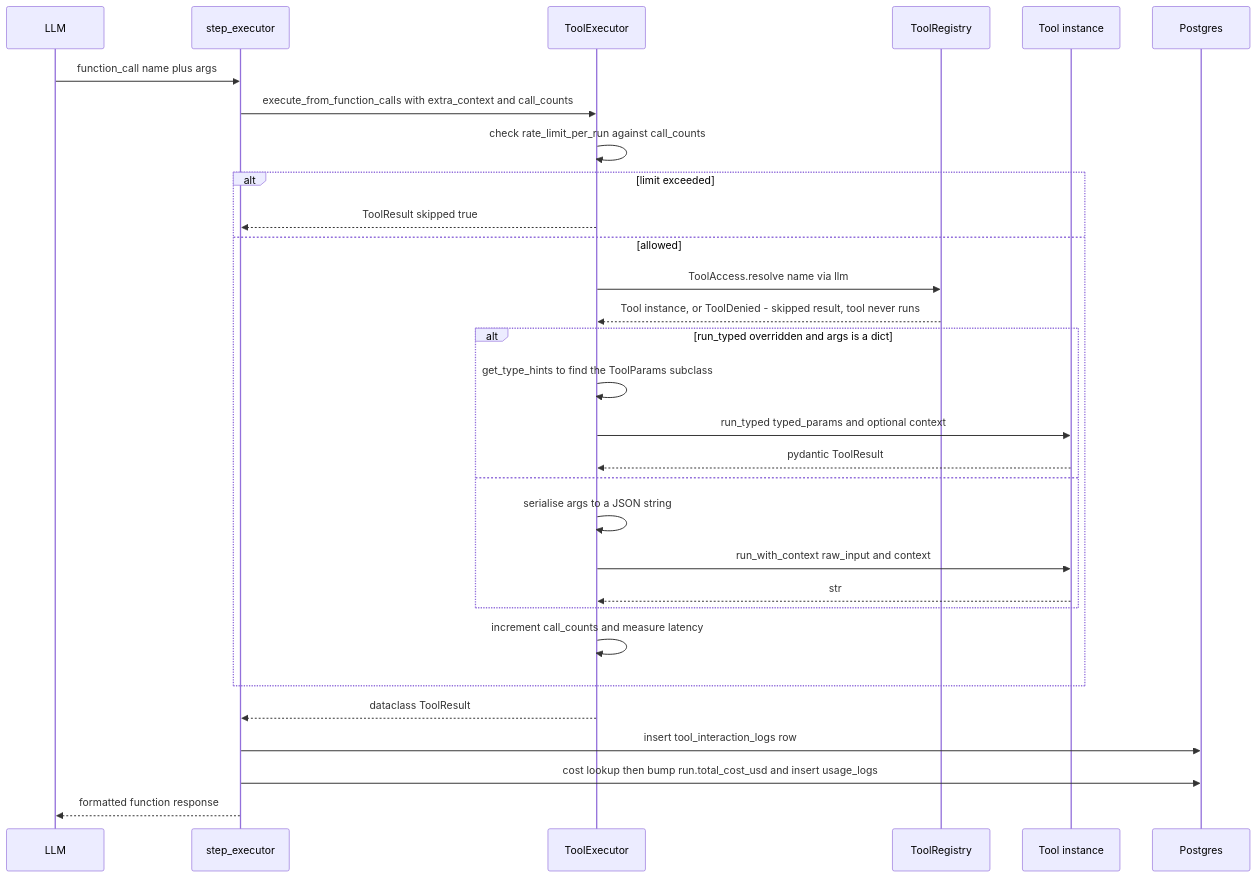
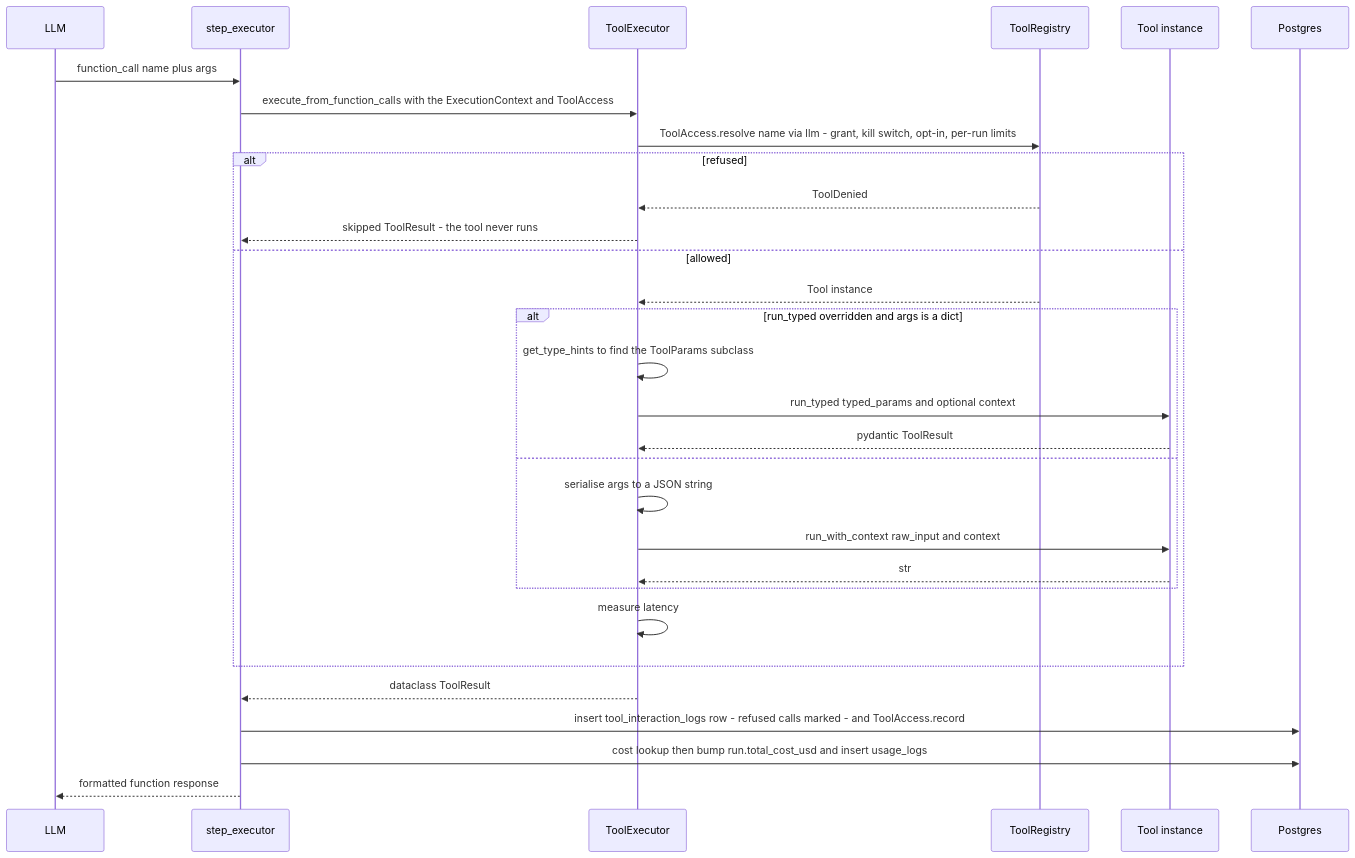
The fifth of 23 diagrams in docs/current/09-tools.md (gondolerahul/hire-buddha-app), drawn with Mermaid before and after one commit. The commit also changed other lines of this file and 16 other files, not shown here.

````diff
--- a/docs/current/09-tools.md
+++ b/docs/current/09-tools.md
@@ -408,33 +408,33 @@
 ```mermaid
 sequenceDiagram
     participant LLM
     participant SE as step_executor
     participant TE as ToolExecutor
     participant R as ToolRegistry
     participant T as Tool instance
     participant DB as Postgres
 
     LLM->>SE: function_call name plus args
-    SE->>TE: execute_from_function_calls with extra_context and call_counts
-    TE->>TE: check rate_limit_per_run against call_counts
-    alt limit exceeded
-        TE-->>SE: ToolResult skipped true
+    SE->>TE: execute_from_function_calls with the ExecutionContext and ToolAccess
+    TE->>R: ToolAccess.resolve name via llm - grant, kill switch, opt-in, per-run limits
+    alt refused
+        R-->>TE: ToolDenied
+        TE-->>SE: skipped ToolResult - the tool never runs
     else allowed
-        TE->>R: ToolAccess.resolve name via llm
-        R-->>TE: Tool instance, or ToolDenied - skipped result, tool never runs
+        R-->>TE: Tool instance
         alt run_typed overridden and args is a dict
             TE->>TE: get_type_hints to find the ToolParams subclass
             TE->>T: run_typed typed_params and optional context
             T-->>TE: pydantic ToolResult
         else
             TE->>TE: serialise args to a JSON string
             TE->>T: run_with_context raw_input and context
             T-->>TE: str
         end
-        TE->>TE: increment call_counts and measure latency
+        TE->>TE: measure latency
     end
     TE-->>SE: dataclass ToolResult
-    SE->>DB: insert tool_interaction_logs row
+    SE->>DB: insert tool_interaction_logs row - refused calls marked - and ToolAccess.record
     SE->>DB: cost lookup then bump run.total_cost_usd and insert usage_logs
     SE-->>LLM: formatted function response
 ```
````
